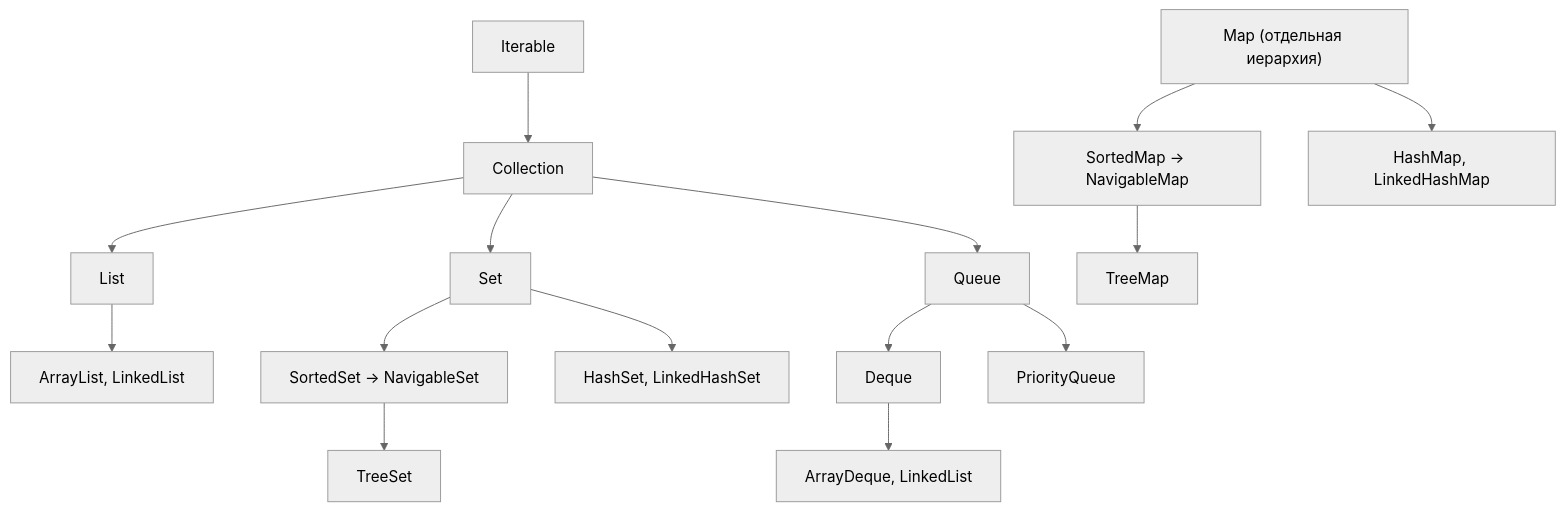
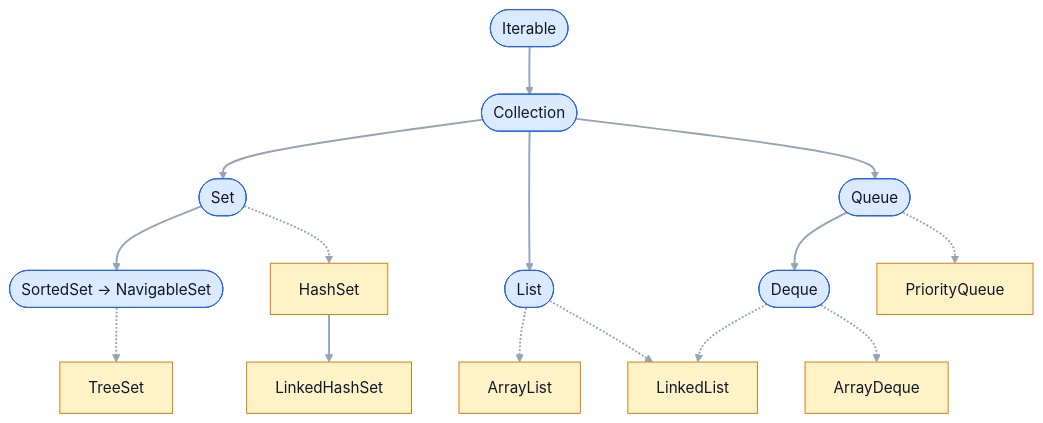
Before and after one commit to bogdan111305/java-senior-roadmap: the first of 2 diagrams in kb/05-collections/01-collections-hierarchy.md, drawn with Mermaid (neutral theme). The commit also changed other lines of this file and 31 other files, not shown here.

````diff
--- a/kb/05-collections/01-collections-hierarchy.md
+++ b/kb/05-collections/01-collections-hierarchy.md
@@ -41,17 +41,22 @@
 ```mermaid
 flowchart TD
-    I["Iterable"] --> C["Collection"]
-    C --> L["List"]
-    C --> S["Set"]
-    C --> Q["Queue"]
-    S --> SS["SortedSet → NavigableSet"]
-    Q --> D["Deque"]
-    L --> AL["ArrayList, LinkedList"]
-    S --> HS["HashSet, LinkedHashSet"]
-    SS --> TS["TreeSet"]
-    D --> AD["ArrayDeque, LinkedList"]
-    Q --> PQ["PriorityQueue"]
-    M["Map (отдельная иерархия)"] --> SM["SortedMap → NavigableMap"]
-    M --> HM["HashMap, LinkedHashMap"]
-    SM --> TM["TreeMap"]
+    IT(["Iterable"]) --> CO(["Collection"])
+    CO --> SE(["Set"])
+    CO --> LI(["List"])
+    CO --> QU(["Queue"])
+    SE --> NS(["SortedSet → NavigableSet"])
+    SE -.-> HS["HashSet"]
+    NS -.-> TS["TreeSet"]
+    HS --> LHS["LinkedHashSet"]
+    LI -.-> AL["ArrayList"]
+    LI -.-> LL["LinkedList"]
+    QU --> DQ(["Deque"])
+    QU -.-> PQ["PriorityQueue"]
+    DQ -.-> LL
+    DQ -.-> AD["ArrayDeque"]
+    classDef iface fill:#dbeafe,stroke:#2563eb,color:#0f172a
+    classDef impl fill:#fef3c7,stroke:#d97706,color:#0f172a
+    class IT,CO,LI,SE,QU,NS,DQ iface
+    class AL,LL,AD,PQ,HS,LHS,TS impl
+    linkStyle default stroke:#94a3b8,stroke-width:2px
 ```
````
